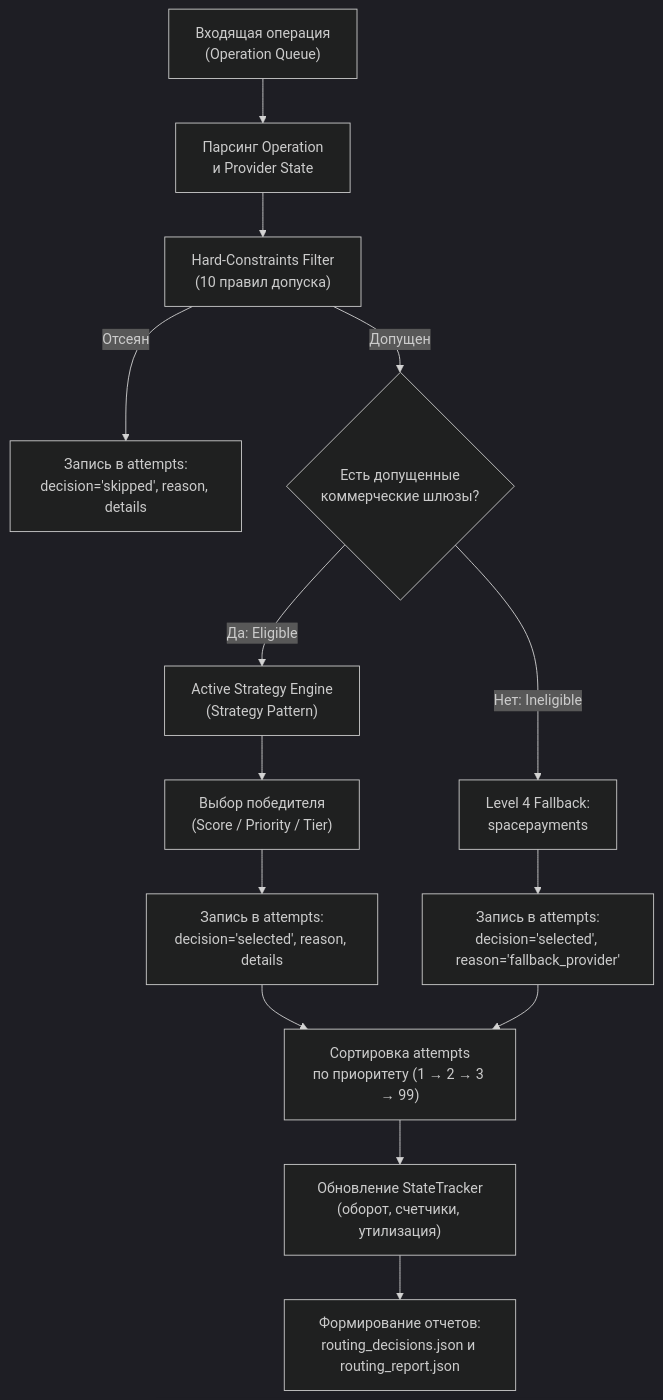
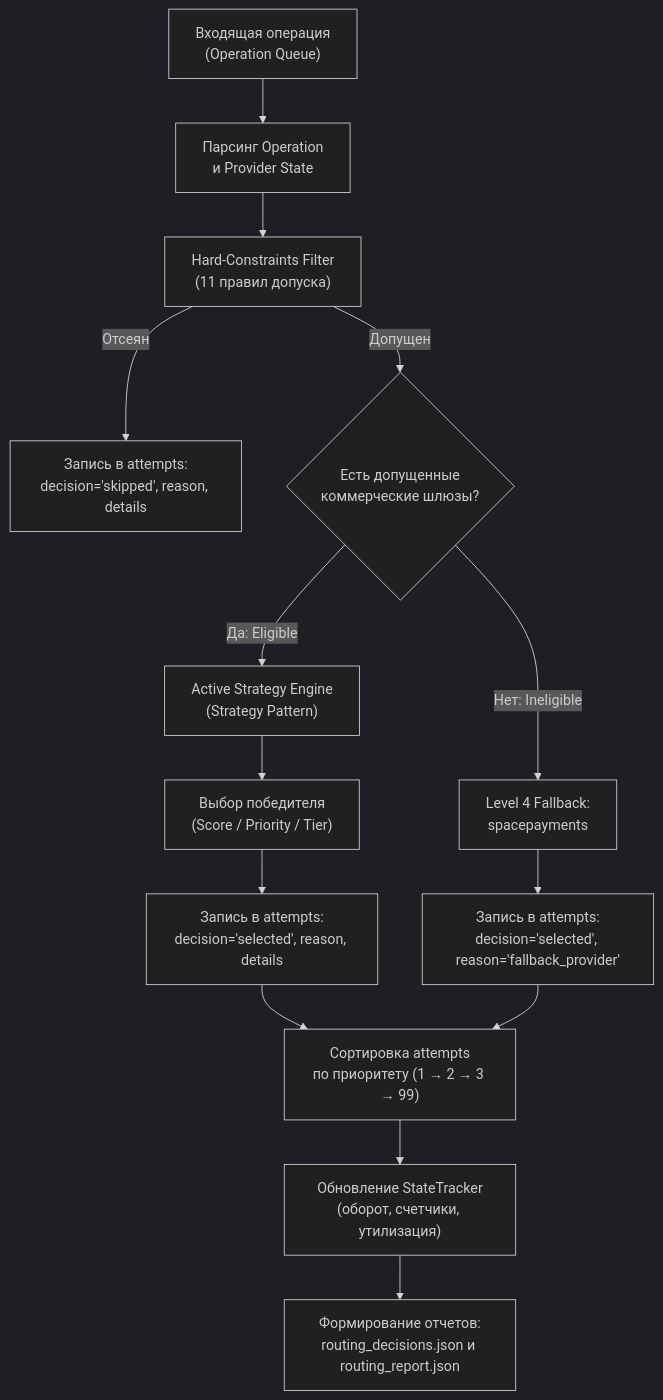
One commit to Black-Lotus-2026/Genesis_2026 changed the diagram in README.md. Above: the diagram before and after it, drawn with Mermaid (dark theme). The commit also changed other lines of this file and 15 other files, not shown here.

````diff
--- a/README.md
+++ b/README.md
@@ -38,16 +41,16 @@
 ```mermaid
 flowchart TD
     A["Входящая операция<br/>(Operation Queue)"] --> B["Парсинг Operation<br/>и Provider State"]
-    B --> C["Hard-Constraints Filter<br/>(10 правил допуска)"]
+    B --> C["Hard-Constraints Filter<br/>(11 правил допуска)"]
     C -->|Отсеян| D["Запись в attempts:<br/>decision='skipped', reason, details"]
     C -->|Допущен| E{"Есть допущенные<br/>коммерческие шлюзы?"}
     E -->|Да: Eligible| F["Active Strategy Engine<br/>(Strategy Pattern)"]
     F --> G["Выбор победителя<br/>(Score / Priority / Tier)"]
     G --> H["Запись в attempts:<br/>decision='selected', reason, details"]
     E -->|Нет: Ineligible| I["Level 4 Fallback:<br/>spacepayments"]
     I --> J["Запись в attempts:<br/>decision='selected', reason='fallback_provider'"]
     H --> K["Сортировка attempts<br/>по приоритету (1 → 2 → 3 → 99)"]
     J --> K
     K --> L["Обновление StateTracker<br/>(оборот, счетчики, утилизация)"]
     L --> M["Формирование отчетов:<br/>routing_decisions.json и routing_report.json"]
 ```
````
